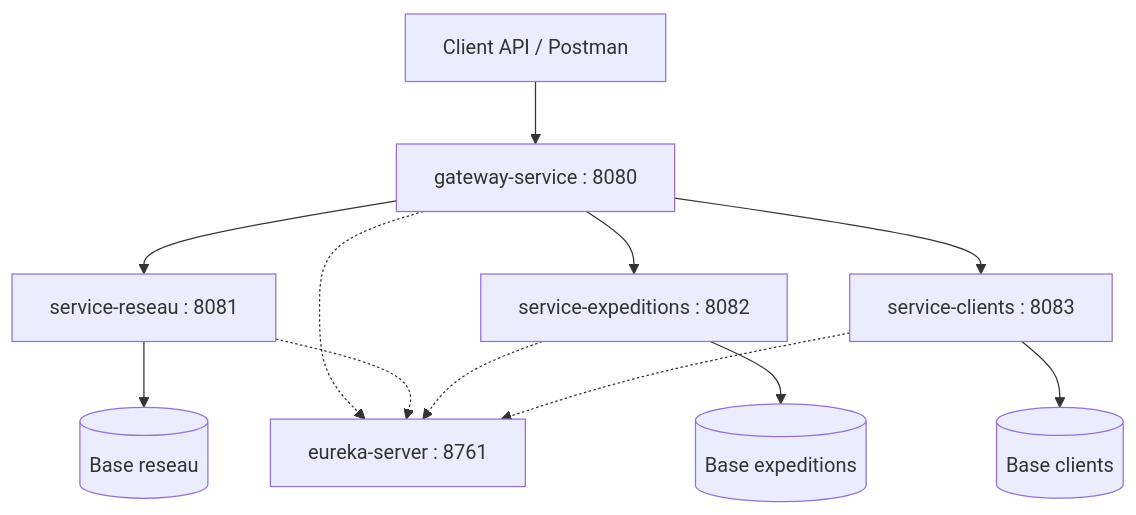
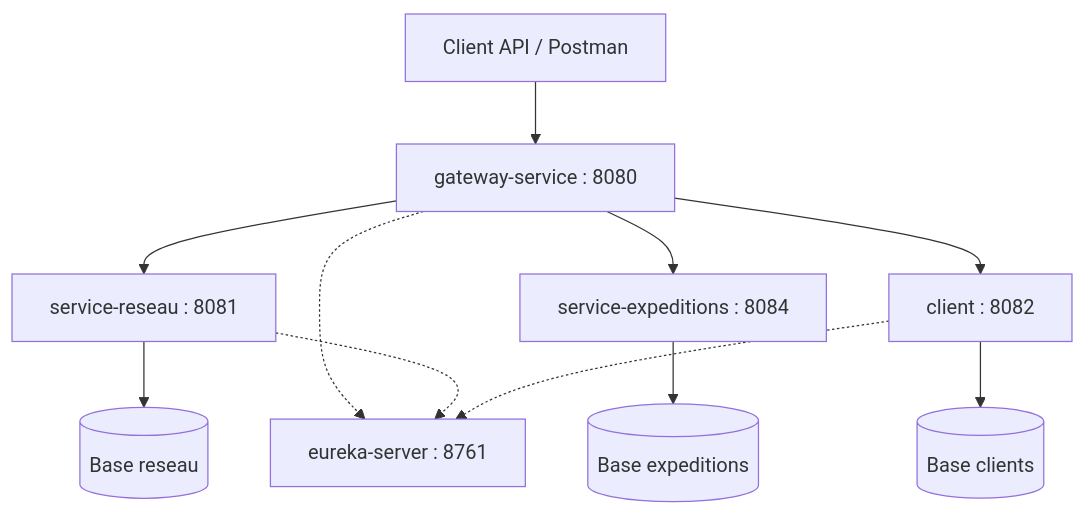
The second of 2 diagrams in README.md (azizyy1/quick-ship), drawn with Mermaid before and after one commit. The commit also changed other lines of this file, not shown here.

````diff
--- a/README.md
+++ b/README.md
@@ -144,17 +144,16 @@
 ```mermaid
 flowchart TB
     Client["Client API / Postman"] --> Gateway["gateway-service : 8080"]
 
     Gateway --> Reseau["service-reseau : 8081"]
-    Gateway --> Expeditions["service-expeditions : 8082"]
-    Gateway --> Clients["service-clients : 8083"]
+    Gateway --> Expeditions["service-expeditions : 8084"]
+    Gateway --> Clients["client : 8082"]
 
     Reseau --> DBReseau[("Base reseau")]
     Expeditions --> DBExpeditions[("Base expeditions")]
     Clients --> DBClients[("Base clients")]
 
     Gateway -.-> Eureka["eureka-server : 8761"]
     Reseau -.-> Eureka
-    Expeditions -.-> Eureka
     Clients -.-> Eureka
 ```
````
